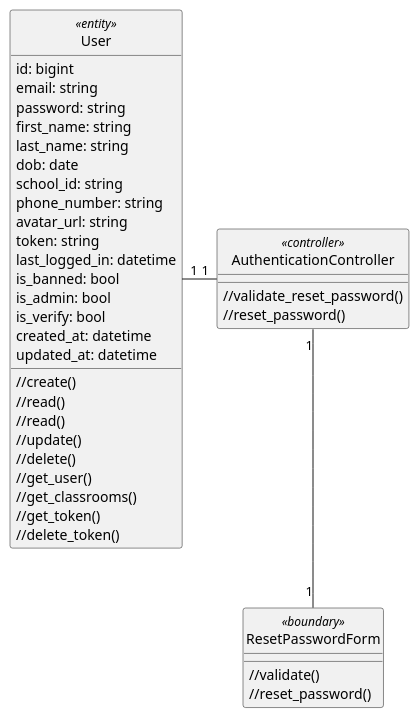
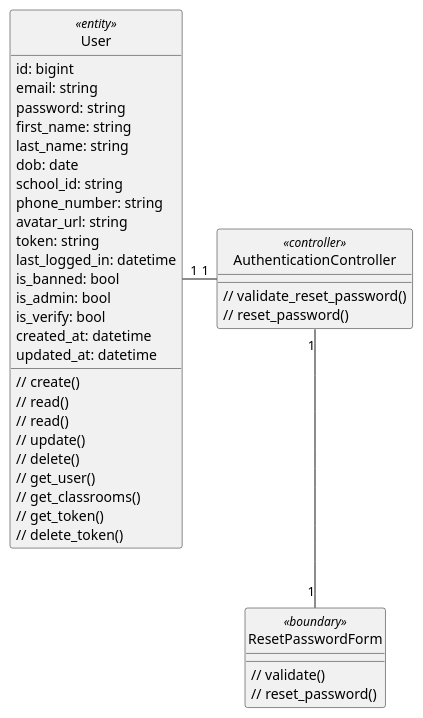
One commit to anonyhostvn/OOAD-Diagram changed the diagram in class - analysis/authentication/resetPassword.plantuml. Above: the diagram before and after it, drawn with PlantUML. The commit also changed 9 other files, not shown here.

Commit message:
authentication Class diagram update2

```diff
--- a/class - analysis/authentication/resetPassword.plantuml
+++ b/class - analysis/authentication/resetPassword.plantuml
@@ -1,51 +1,51 @@
 @startuml login
 
 class User <<entity>> {
     id: bigint
     email: string
     password: string
     first_name: string
     last_name: string
     dob: date
     school_id: string
     phone_number: string
     avatar_url: string
     token: string
     last_logged_in: datetime
     is_banned: bool
     is_admin: bool
     is_verify: bool
     created_at: datetime
     updated_at: datetime
 
-    //create()
-    //read()
-    //read()
-    //update()
-    //delete()
-    //get_user()
-    //get_classrooms()
-    //get_token()
-    //delete_token()
+    // create()
+    // read()
+    // read()
+    // update()
+    // delete()
+    // get_user()
+    // get_classrooms()
+    // get_token()
+    // delete_token()
 }
 
 class ResetPasswordForm <<boundary>> {
-    //validate()
-    //reset_password()
+    // validate()
+    // reset_password()
 }
 
 class AuthenticationController <<controller>> {
-    //validate_reset_password()
-    //reset_password()
+    // validate_reset_password()
+    // reset_password()
 }
 
 hide User <<entity>> circle
 hide ResetPasswordForm <<boundary>> circle
 hide AuthenticationController <<controller>> circle
 
 AuthenticationController "1" -left- "1" User
 AuthenticationController "1" -down- "1" ResetPasswordForm
 
 
 
 @enduml
```
